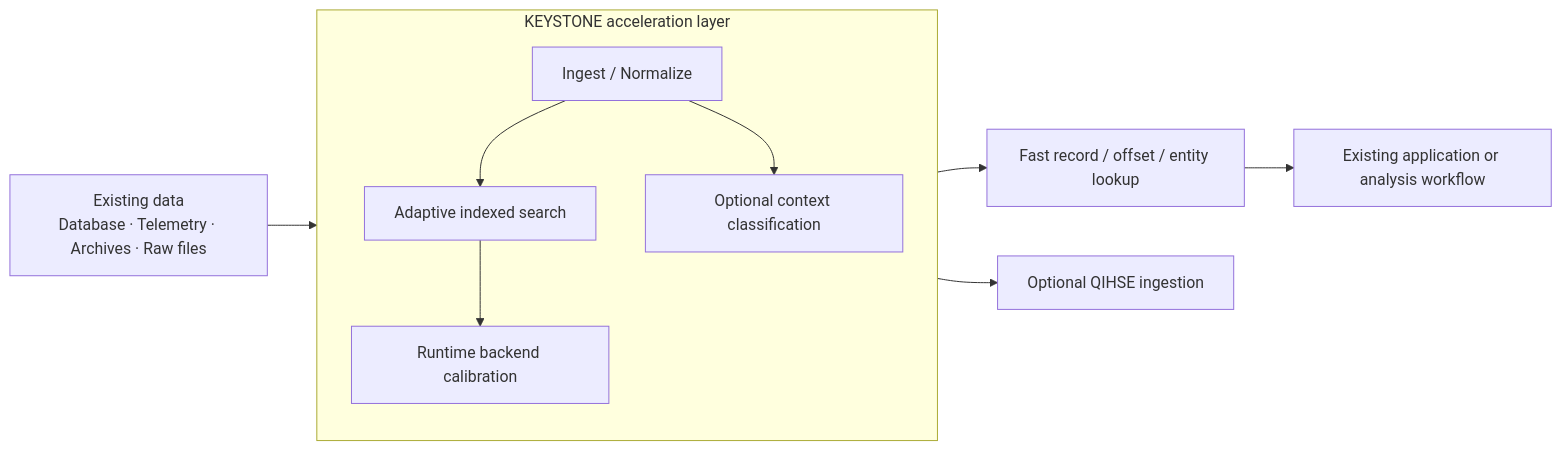
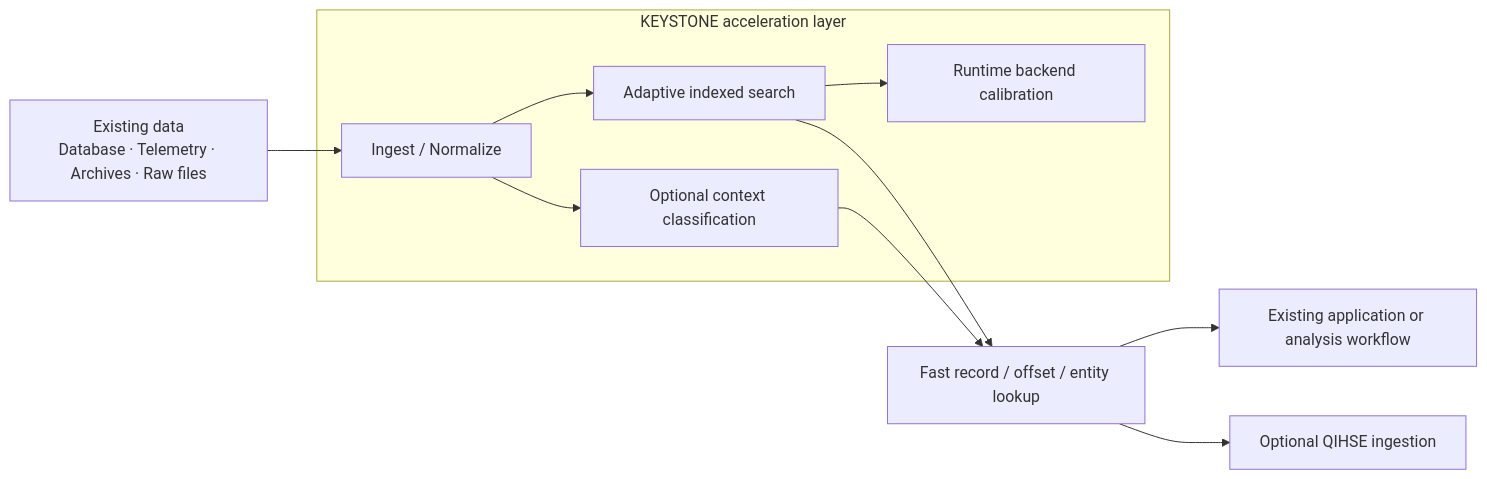
The first of 2 diagrams in README.md (SWORDIntel/KEYSTONE), drawn with Mermaid before and after one commit. The commit also changed other lines of this file, not shown here.

Commit message:
docs: tighten executive README wording

````diff
--- a/README.md
+++ b/README.md
@@ -71,14 +71,15 @@
 ```mermaid
 flowchart LR
-    A["Existing data\nDatabase · Telemetry · Archives · Raw files"] --> K["KEYSTONE"]
+    A["Existing data\nDatabase · Telemetry · Archives · Raw files"] --> I
 
-    subgraph K["KEYSTONE acceleration layer"]
+    subgraph KS["KEYSTONE acceleration layer"]
         I["Ingest / Normalize"] --> S["Adaptive indexed search"]
         S --> C["Runtime backend calibration"]
         I --> M["Optional context classification"]
     end
 
-    K --> R["Fast record / offset / entity lookup"]
-    K --> Q["Optional QIHSE ingestion"]
+    S --> R["Fast record / offset / entity lookup"]
+    M --> R
     R --> X["Existing application or analysis workflow"]
+    R --> Q["Optional QIHSE ingestion"]
 ```
````
